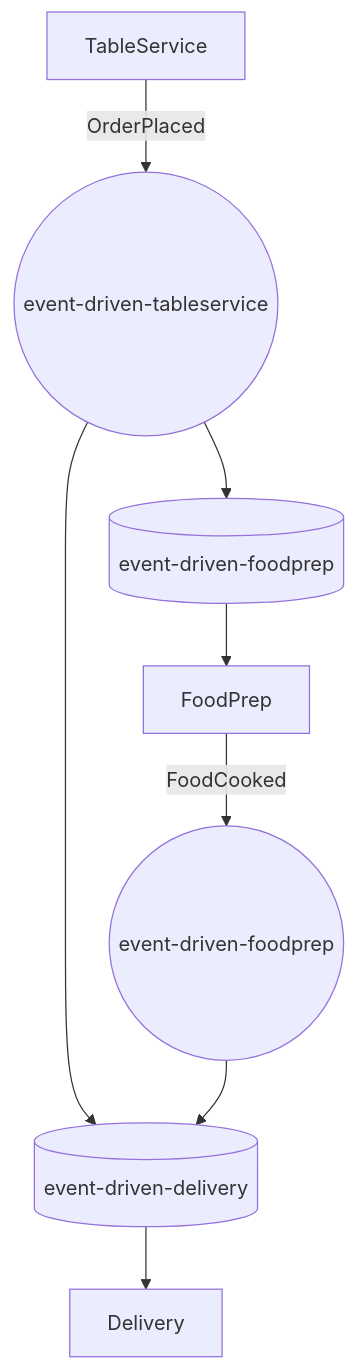
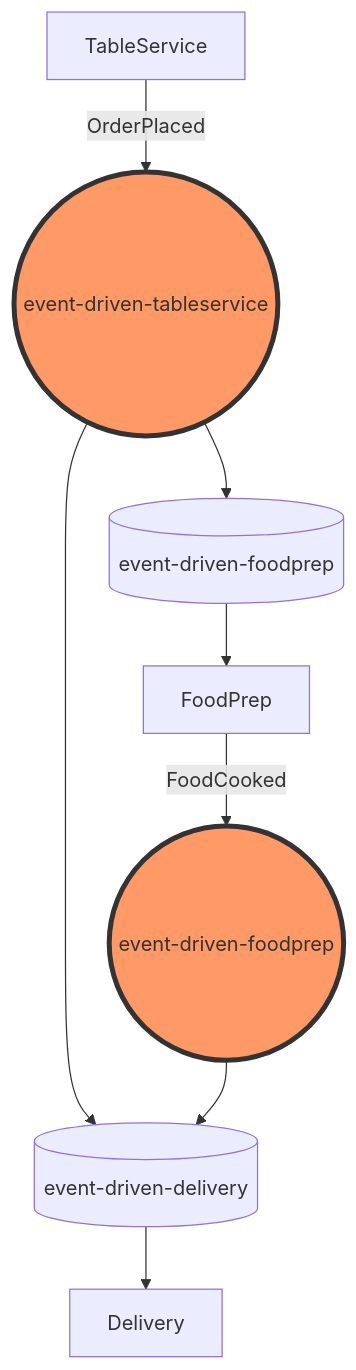
One commit to Nagelfar/MessageSample changed the second of 3 diagrams in Readme.md. Above: the diagram before and after it, drawn with Mermaid. The commit also changed other lines of this file, not shown here.

````diff
--- a/Readme.md
+++ b/Readme.md
@@ -14,7 +16,9 @@
 ```mermaid
 graph TD
     A[TableService] -->|OrderPlaced| tt((event-driven-tableservice))
     tt --> qfp[(event-driven-foodprep)] --> F[FoodPrep]
     tt --> qd[(event-driven-delivery)]  --> D[Delivery]
     F --> |FoodCooked| tfp((event-driven-foodprep)) --> qd
+    classDef exchange fill:#f96,stroke:#333,stroke-width:4px;
+    class tt,tfp exchange
 ```
````
